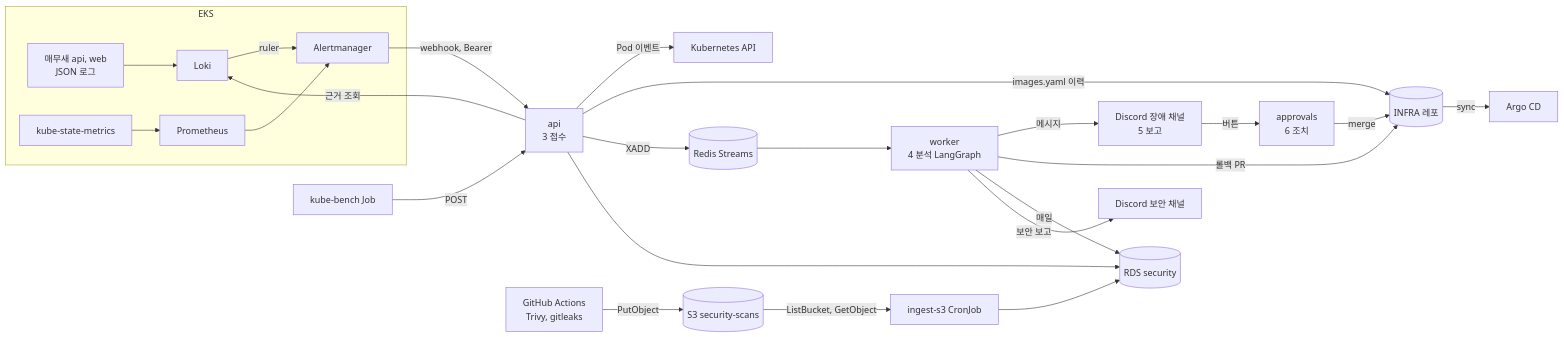
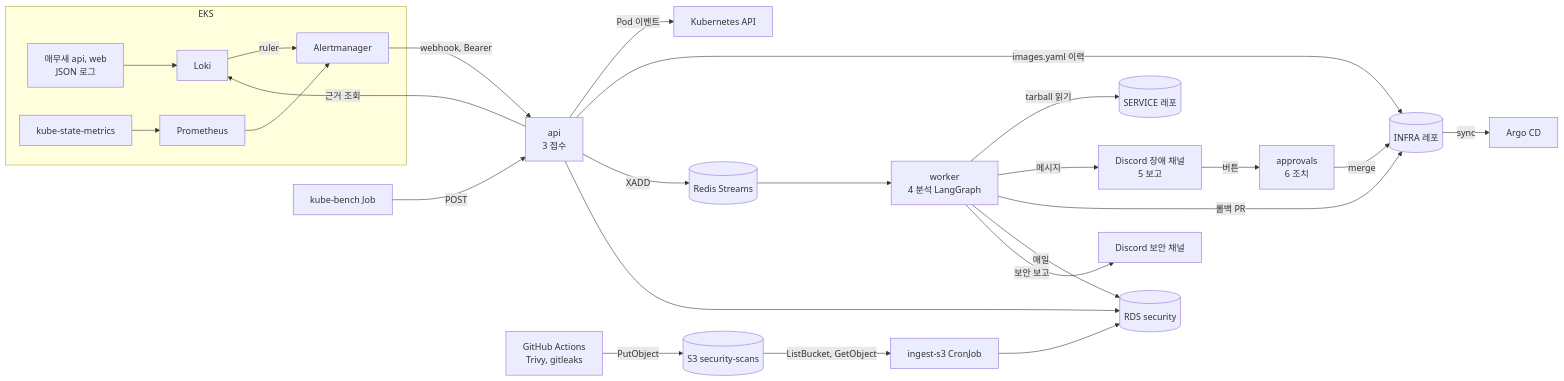
One commit to saebyeok-baesong/OPS-maemusae changed the diagram in README.md. Above: the diagram before and after it, drawn with Mermaid. The commit also changed other lines of this file and 21 other files, not shown here.

````diff
--- a/README.md
+++ b/README.md
@@ -9,27 +9,28 @@
 ```mermaid
 flowchart LR
     subgraph EKS
       API_APP[매무새 api, web<br/>JSON 로그] --> LOKI[Loki]
       KSM[kube-state-metrics] --> PROM[Prometheus]
       LOKI -->|ruler| AM[Alertmanager]
       PROM --> AM
     end
     AM -->|webhook, Bearer| HOOK[api<br/>3 접수]
     HOOK -->|근거 조회| LOKI
     HOOK -->|Pod 이벤트| K8S[Kubernetes API]
     HOOK -->|images.yaml 이력| INFRA[(INFRA 레포)]
     HOOK -->|XADD| Q[(Redis Streams)]
     Q --> W[worker<br/>4 분석 LangGraph]
+    W -->|tarball 읽기| SVC[(SERVICE 레포)]
     W -->|메시지| DC[Discord 장애 채널<br/>5 보고]
     W -->|롤백 PR| INFRA
     DC -->|버튼| BOT[approvals<br/>6 조치]
     BOT -->|merge| INFRA
     INFRA -->|sync| ARGO[Argo CD]
     CI[GitHub Actions<br/>Trivy, gitleaks] -->|PutObject| S3[(S3 security-scans)]
     S3 -->|ListBucket, GetObject| ING[ingest-s3 CronJob]
     ING --> SDB[(RDS security)]
     KB[kube-bench Job] -->|POST| HOOK
     HOOK --> SDB
     W -->|매일| SDB
     W -->|보안 보고| DS[Discord 보안 채널]
 ```
````
